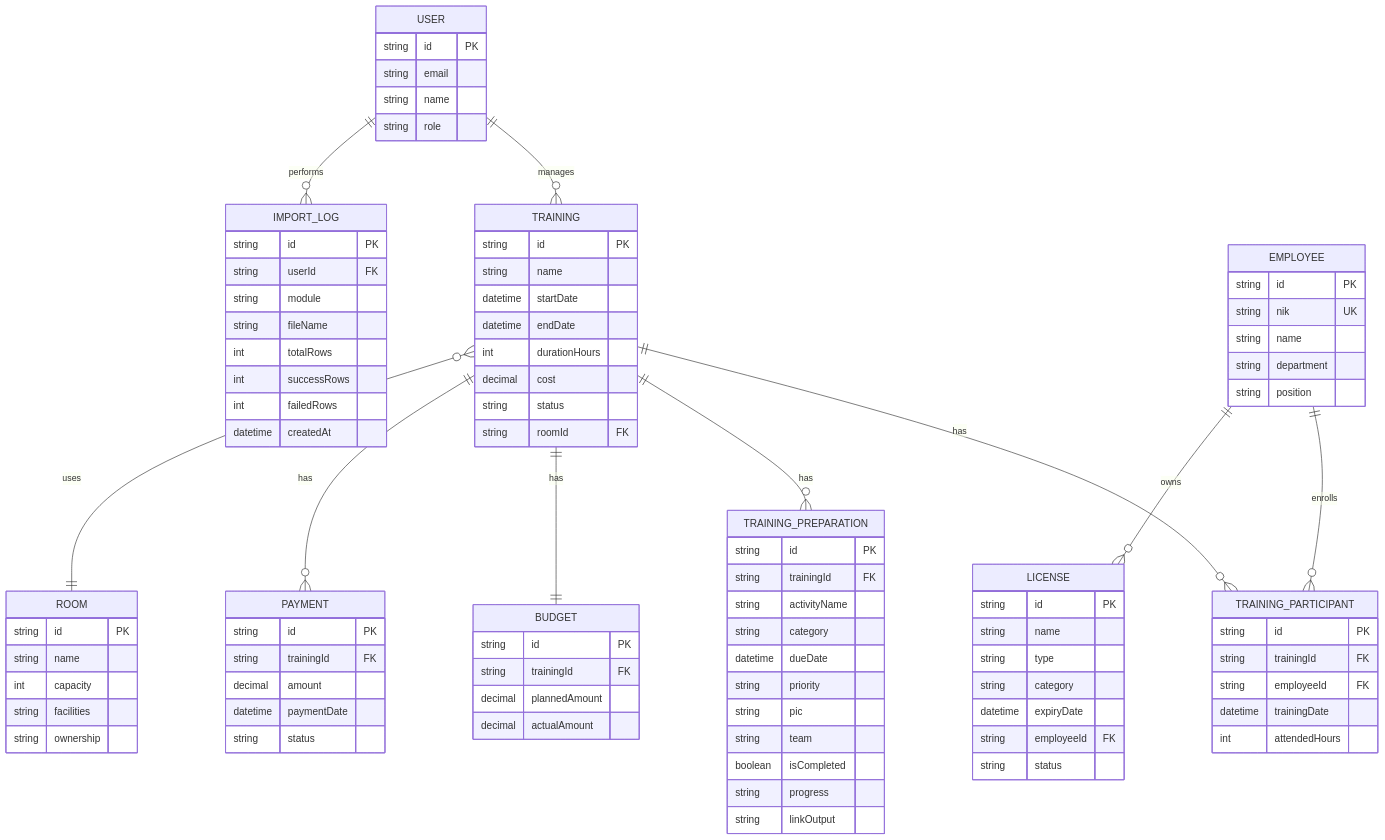
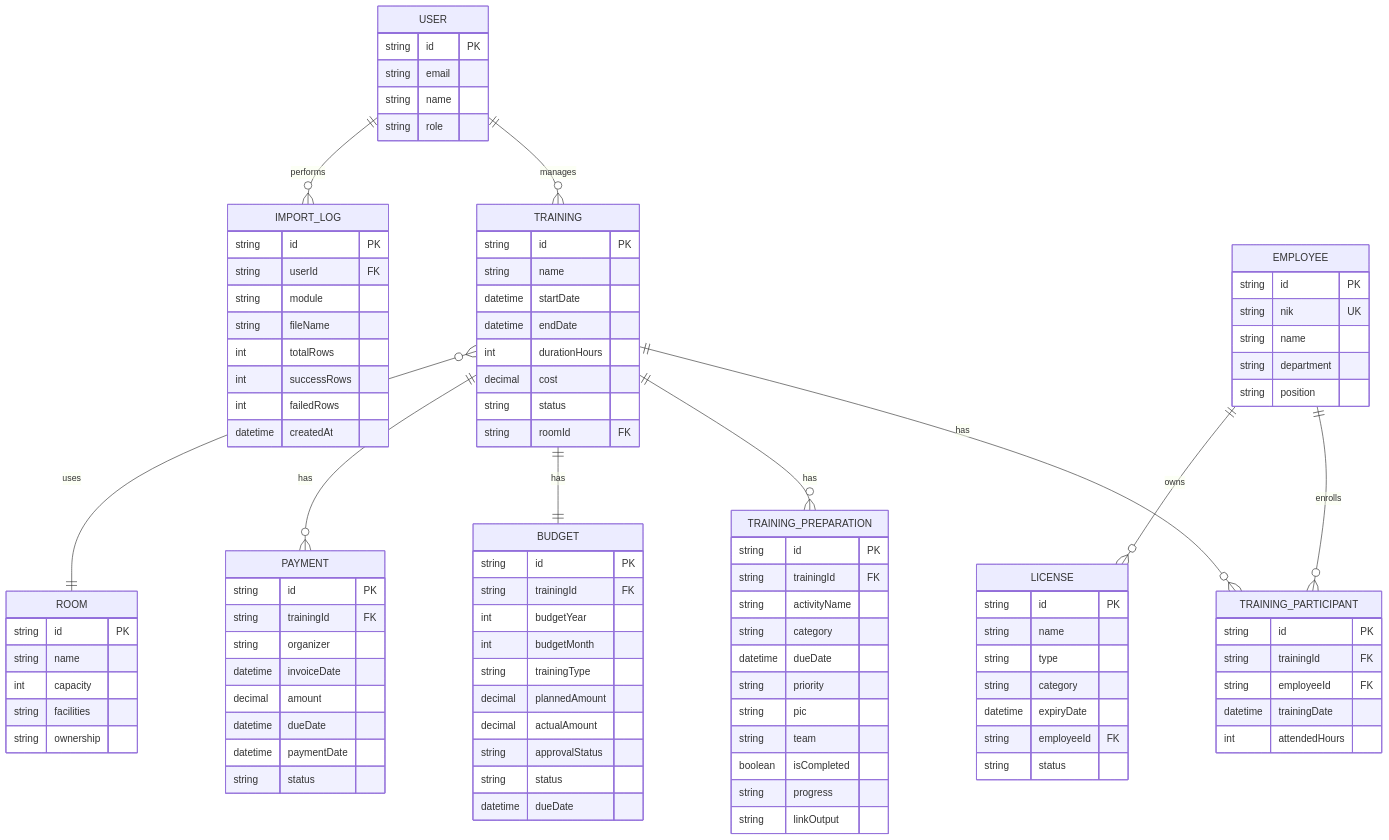
The second of 2 diagrams in PRD-LENTERA.md (appaldyt/Lentera), drawn with Mermaid before and after one commit. The commit also changed other lines of this file and 10 other files, not shown here.

Commit message:
feat: implement core dashboard modules and update PRD schemas for training, finance, and employee management systems

```diff
--- a/PRD-LENTERA.md
+++ b/PRD-LENTERA.md
@@ -335,13 +350,22 @@
     BUDGET {
         string id PK
         string trainingId FK
+        int budgetYear
+        int budgetMonth
+        string trainingType
         decimal plannedAmount
         decimal actualAmount
+        string approvalStatus
+        string status
+        datetime dueDate
     }
     PAYMENT {
         string id PK
         string trainingId FK
+        string organizer
+        datetime invoiceDate
         decimal amount
+        datetime dueDate
         datetime paymentDate
         string status
     }
```
